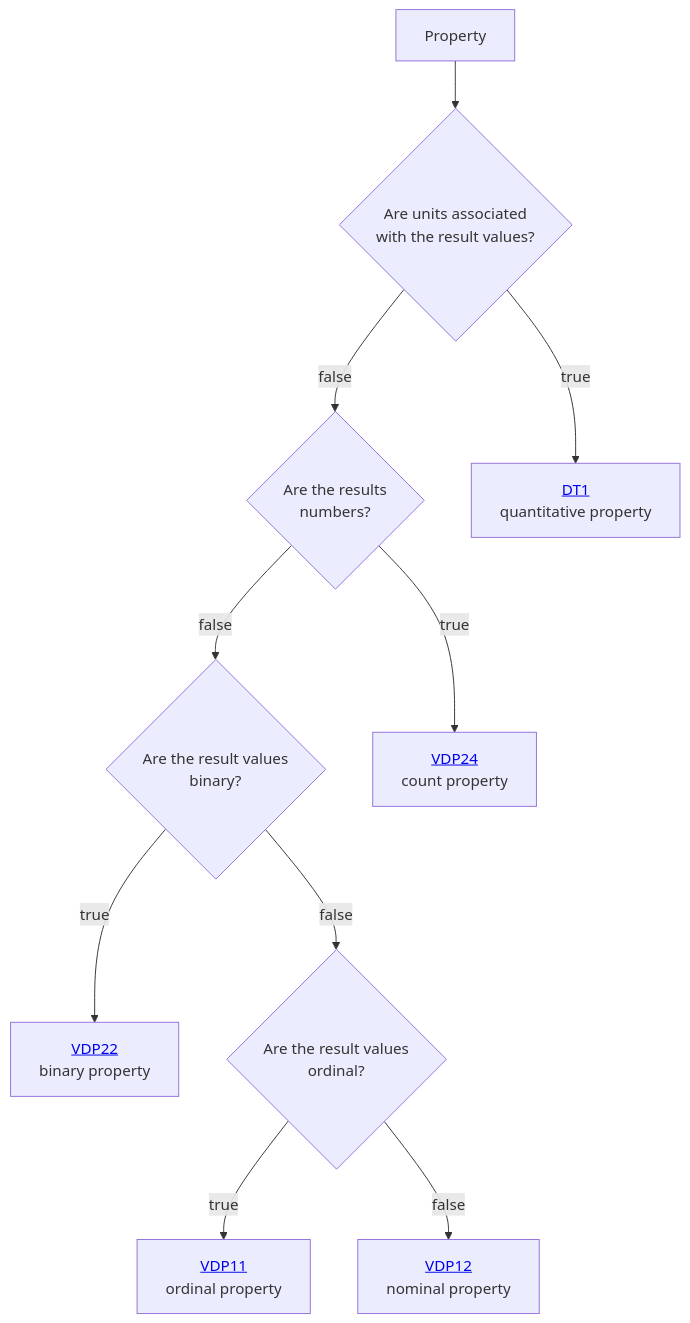
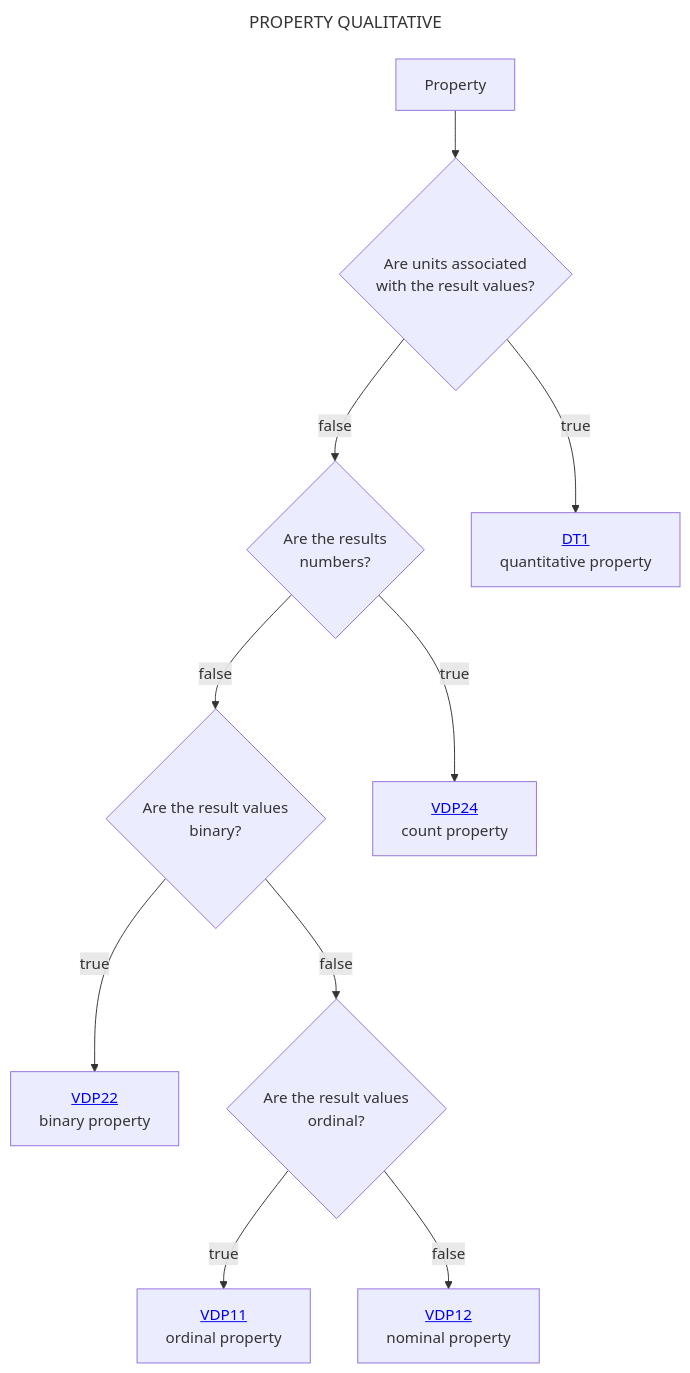
Before and after one commit to mabablue/I-ADOPT-patterns-playground: the diagram in Decisition_trees/DT0.mmd, drawn with Mermaid.

```diff
--- a/Decisition_trees/DT0.mmd
+++ b/Decisition_trees/DT0.mmd
@@ -1,10 +1,13 @@
+---
+title: PROPERTY QUALITATIVE
+---
 flowchart TD
     A[Property] --> B{Are units associated <br> with the result values?}
     B --> |false|C{Are the results <br> numbers?}
     B --> |true|D[<a href='https://github.com/mabablue/I-ADOPT-patterns-playground/blob/main/Decisition_trees/DT1.mmd'>DT1</a><br> quantitative property] 
     C --> |false|E{Are the result values <br> binary?}
     C --> |true|H[<a href='https://github.com/mabablue/I-ADOPT-patterns-playground/blob/main/pattern/VDP24.yaml'>VDP24</a><br> count property] 
     E --> |true|F[<a href='https://github.com/mabablue/I-ADOPT-patterns-playground/blob/main/pattern/VDP22.yaml'>VDP22</a><br> binary property] 
     E --> |false|I{Are the result values <br> ordinal?}
     I --> |true|J[<a href='https://github.com/mabablue/I-ADOPT-patterns-playground/blob/main/pattern/VDP11.yaml'>VDP11</a><br> ordinal property] 
     I --> |false|K[<a href='https://github.com/mabablue/I-ADOPT-patterns-playground/blob/main/pattern/VDP12.yaml'>VDP12</a><br> nominal property] 
```
